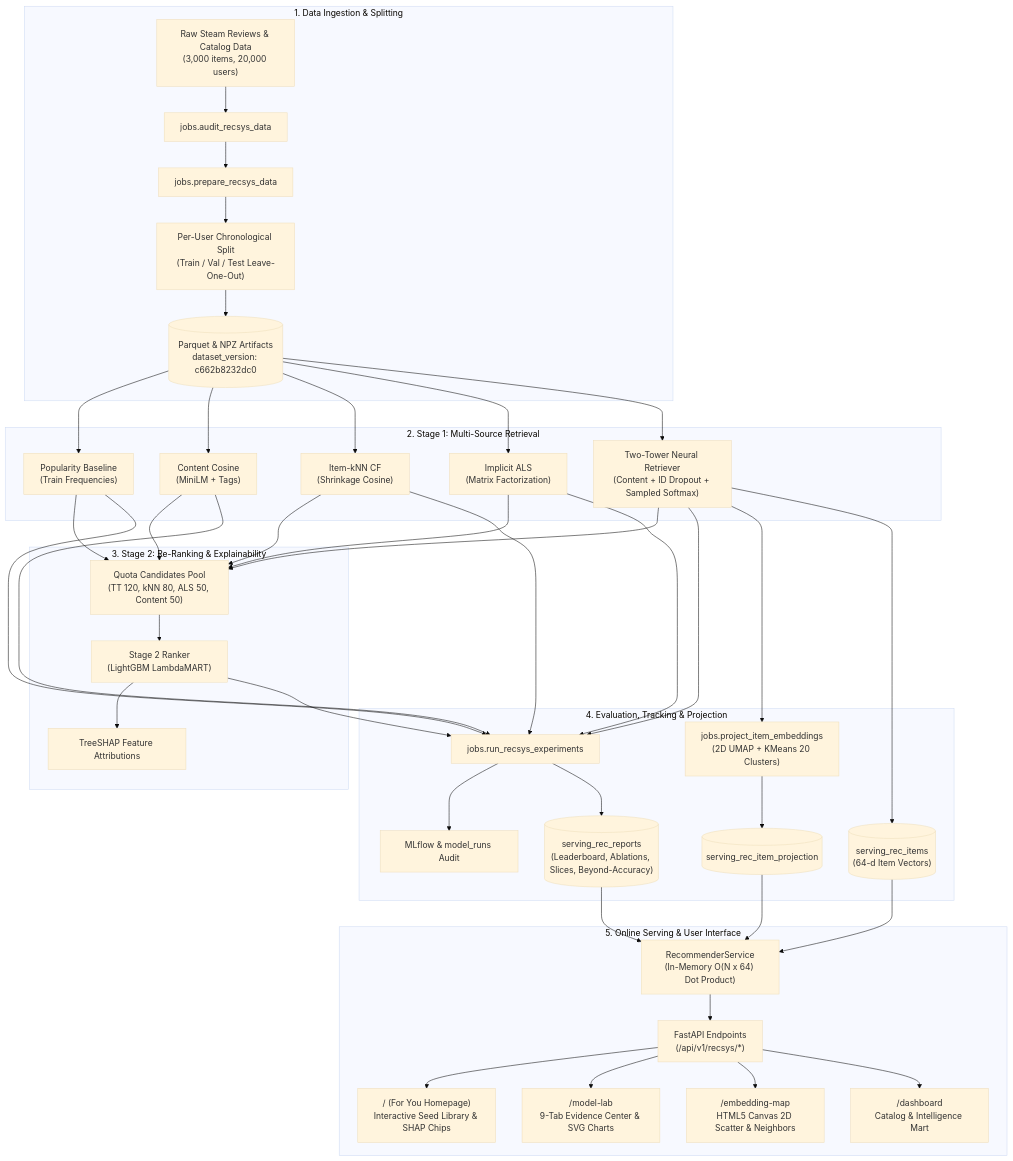
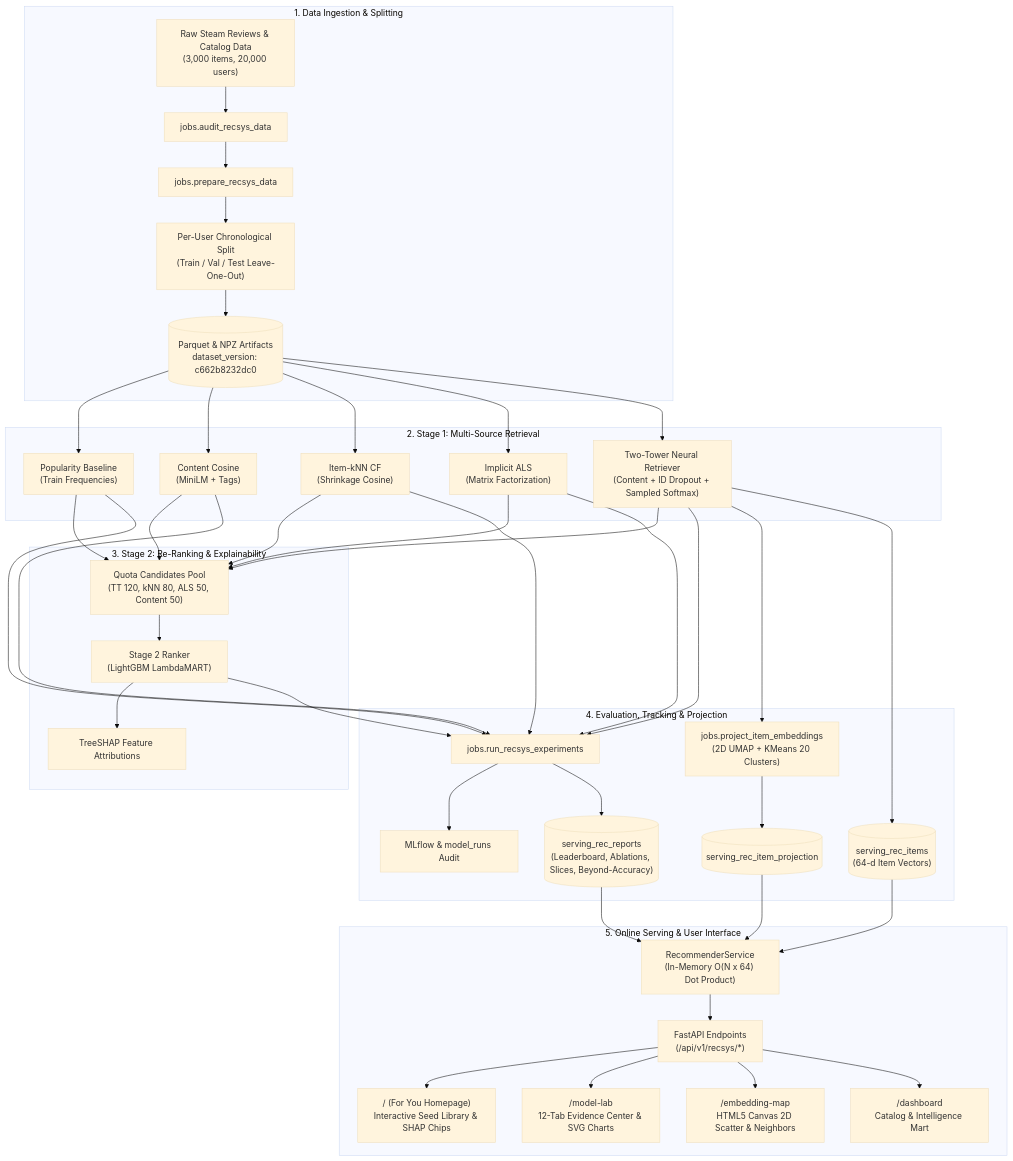
One commit to MadhavGera/SteamIQ changed the diagram in README.md. Above: the diagram before and after it, drawn with Mermaid (base theme). The commit also changed other lines of this file and 3 other files, not shown here.

Commit message:
feat(model-lab): add RetrievalLatencyTab, SprintEvidenceTab, reproducibility strip, and 12-tab sync

````diff
--- a/README.md
+++ b/README.md
@@ -9,43 +9,43 @@
 ```mermaid
 flowchart TD
     subgraph DataPrep ["1. Data Ingestion & Splitting"]
         Raw["Raw Steam Reviews & Catalog Data<br/>(3,000 items, 20,000 users)"]
         Audit["jobs.audit_recsys_data"]
         Prep["jobs.prepare_recsys_data"]
         Split["Per-User Chronological Split<br/>(Train / Val / Test Leave-One-Out)"]
         Parquet[("Parquet & NPZ Artifacts<br/>dataset_version: c662b8232dc0")]
         Raw --> Audit --> Prep --> Split --> Parquet
     end
 
     subgraph Stage1 ["2. Stage 1: Multi-Source Retrieval"]
         Parquet --> Pop["Popularity Baseline<br/>(Train Frequencies)"]
         Parquet --> Content["Content Cosine<br/>(MiniLM + Tags)"]
         Parquet --> ItemKNN["Item-kNN CF<br/>(Shrinkage Cosine)"]
         Parquet --> ALS["Implicit ALS<br/>(Matrix Factorization)"]
         Parquet --> TT["Two-Tower Neural Retriever<br/>(Content + ID Dropout + Sampled Softmax)"]
     end
 
     subgraph Stage2 ["3. Stage 2: Re-Ranking & Explainability"]
         Pop & Content & ItemKNN & ALS & TT --> Candidates["Quota Candidates Pool<br/>(TT 120, kNN 80, ALS 50, Content 50)"]
         Candidates --> Ranker["Stage 2 Ranker<br/>(LightGBM LambdaMART)"]
         Ranker --> SHAP["TreeSHAP Feature Attributions"]
     end
 
     subgraph Evaluation ["4. Evaluation, Tracking & Projection"]
         TT & Ranker & Pop & Content & ItemKNN & ALS --> Eval["jobs.run_recsys_experiments"]
         Eval --> MLflow["MLflow & model_runs Audit"]
         Eval --> Reports[("serving_rec_reports<br/>(Leaderboard, Ablations, Slices, Beyond-Accuracy)")]
         TT --> UMAP["jobs.project_item_embeddings<br/>(2D UMAP + KMeans 20 Clusters)"]
         UMAP --> ServingProj[("serving_rec_item_projection")]
         TT --> ServingItems[("serving_rec_items<br/>(64-d Item Vectors)")]
     end
 
     subgraph Serving ["5. Online Serving & User Interface"]
         ServingItems & ServingProj & Reports --> RecService["RecommenderService<br/>(In-Memory O(N x 64) Dot Product)"]
         RecService --> API["FastAPI Endpoints<br/>(/api/v1/recsys/*)"]
         API --> ForYou["/ (For You Homepage)<br/>Interactive Seed Library & SHAP Chips"]
-        API --> ModelLab["/model-lab<br/>9-Tab Evidence Center & SVG Charts"]
+        API --> ModelLab["/model-lab<br/>12-Tab Evidence Center & SVG Charts"]
         API --> EmbeddingMap["/embedding-map<br/>HTML5 Canvas 2D Scatter & Neighbors"]
         API --> Dashboard["/dashboard<br/>Catalog & Intelligence Mart"]
     end
 ```
````
